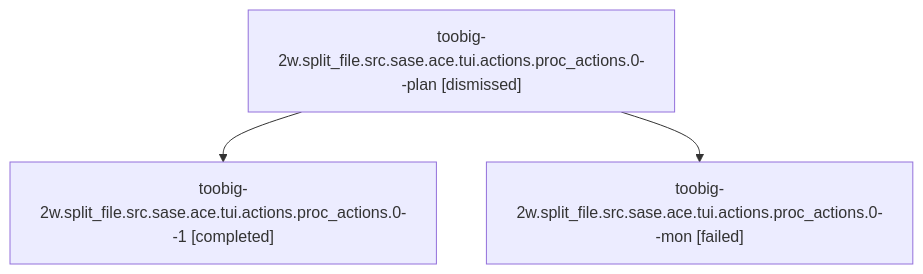
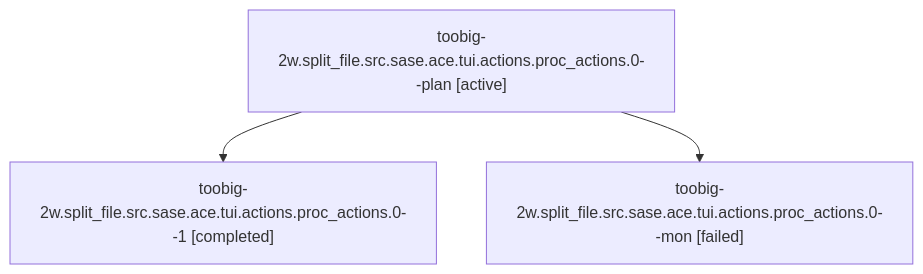
One commit to sase-org/sase--agents changed the diagram in families/bbugyi200.athena.toobig-2w.split_file.src.sase.ace.tui.actions.proc_actions.0.md. Above: the diagram before and after it, drawn with Mermaid. The commit also changed other lines of this file and 35830 other files, not shown here.

````diff
--- a/families/bbugyi200.athena.toobig-2w.split_file.src.sase.ace.tui.actions.proc_actions.0.md
+++ b/families/bbugyi200.athena.toobig-2w.split_file.src.sase.ace.tui.actions.proc_actions.0.md
@@ -9,8 +9,8 @@
 ```mermaid
 flowchart TD
-  n0["toobig-2w.split_file.src.sase.ace.tui.actions.proc_actions.0--plan [dismissed]"]
+  n0["toobig-2w.split_file.src.sase.ace.tui.actions.proc_actions.0--plan [active]"]
   n1["toobig-2w.split_file.src.sase.ace.tui.actions.proc_actions.0--1 [completed]"]
   n0 --> n1
   n2["toobig-2w.split_file.src.sase.ace.tui.actions.proc_actions.0--mon [failed]"]
   n0 --> n2
 ```
````
